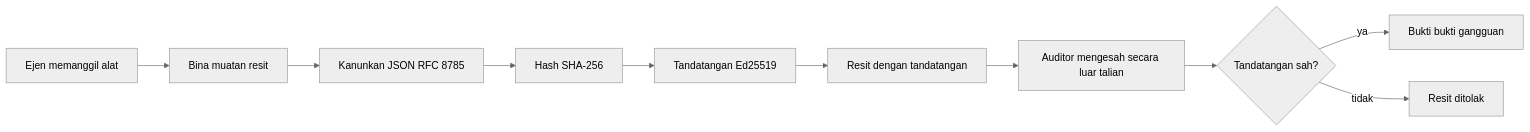
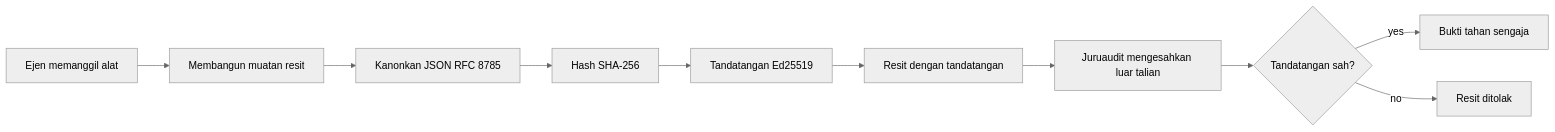
The first of 2 diagrams in mirrors/repos/microsoft@ai-agents-for-beginners/translations/ms/18-securing-ai-agents/README.md (gabrielmoreira/agent-skills-mirror), drawn with Mermaid (neutral theme) before and after one commit. The commit also changed other lines of this file and 8886 other files, not shown here.

````diff
--- a/mirrors/repos/microsoft@ai-agents-for-beginners/translations/ms/18-securing-ai-agents/README.md
+++ b/mirrors/repos/microsoft@ai-agents-for-beginners/translations/ms/18-securing-ai-agents/README.md
@@ -51,12 +51,12 @@
 ```mermaid
 flowchart LR
-    A[Ejen memanggil alat] --> B[Bina muatan resit]
-    B --> C[Kanunkan JSON RFC 8785]
+    A[Ejen memanggil alat] --> B[Membangun muatan resit]
+    B --> C[Kanonkan JSON RFC 8785]
     C --> D[Hash SHA-256]
     D --> E[Tandatangan Ed25519]
     E --> F[Resit dengan tandatangan]
-    F --> G[Auditor mengesah secara luar talian]
+    F --> G[Juruaudit mengesahkan luar talian]
     G --> H{Tandatangan sah?}
-    H -- ya --> I[Bukti bukti gangguan]
-    H -- tidak --> J[Resit ditolak]
+    H -- yes --> I[Bukti tahan sengaja]
+    H -- no --> J[Resit ditolak]
 ```
````
